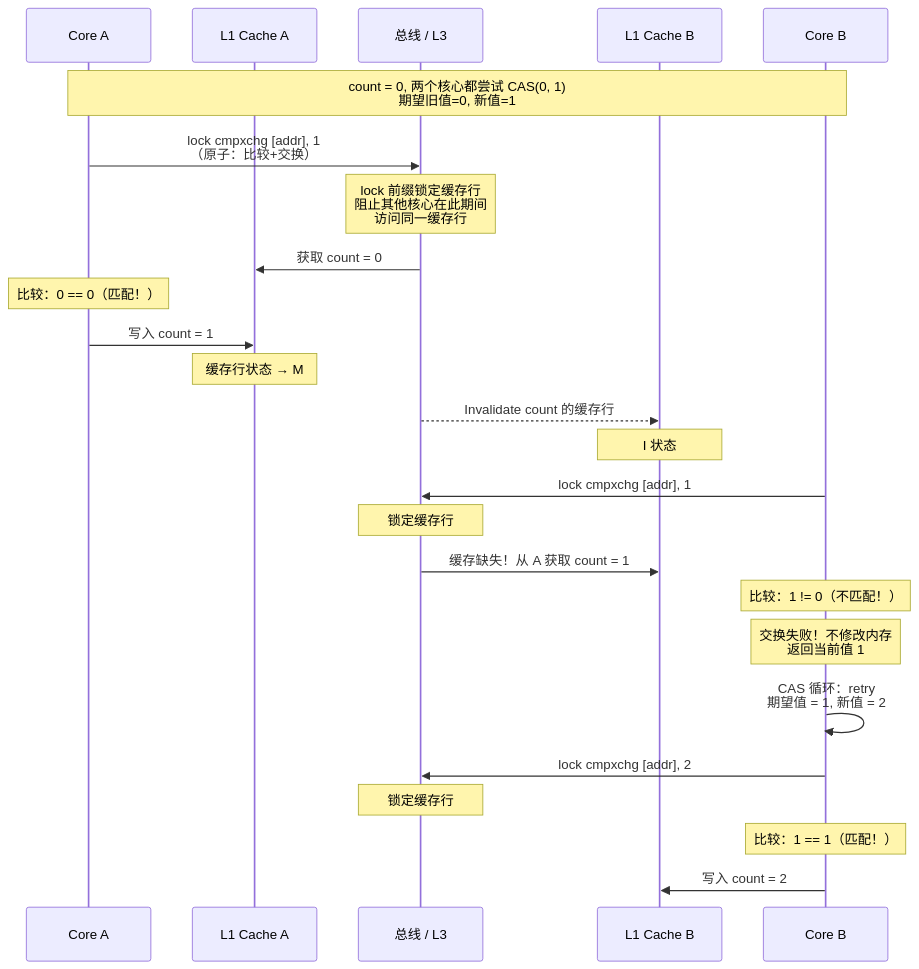
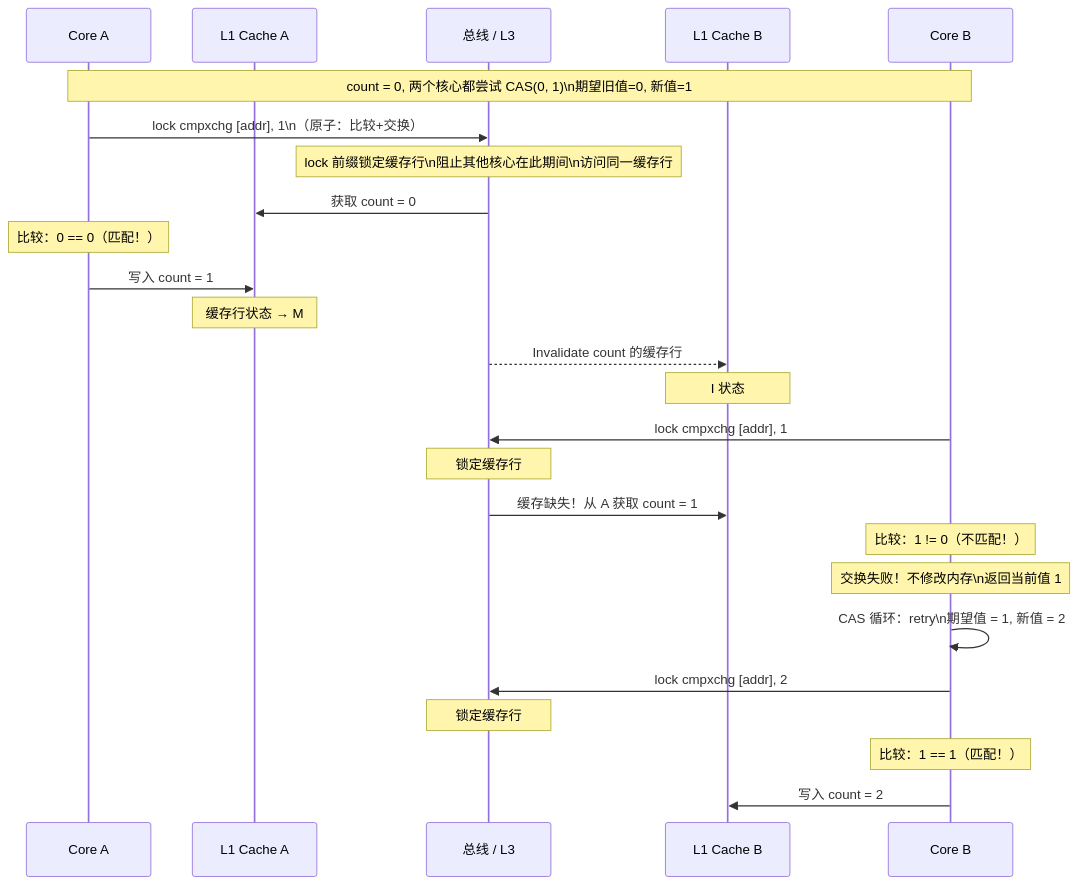
One commit to yaocat55/yaocat55.github.io changed the third of 6 diagrams in content/posts/concurrency/CAS.md. Above: the diagram before and after it, drawn with Mermaid. The commit also changed other lines of this file and 155 other files, not shown here.

````diff
--- a/content/posts/concurrency/CAS.md
+++ b/content/posts/concurrency/CAS.md
@@ -125,33 +133,33 @@
 ```mermaid
 sequenceDiagram
     participant CA as Core A
     participant L1A as L1 Cache A
     participant BUS as 总线 / L3
     participant L1B as L1 Cache B
     participant CB as Core B
 
-    Note over CA,CB: count = 0, 两个核心都尝试 CAS(0, 1)<br/>期望旧值=0, 新值=1
+    Note over CA,CB: count = 0, 两个核心都尝试 CAS(0, 1)\n期望旧值=0, 新值=1
 
-    CA->>BUS: lock cmpxchg [addr], 1<br/>（原子：比较+交换）
-    Note over BUS: lock 前缀锁定缓存行<br/>阻止其他核心在此期间<br/>访问同一缓存行
+    CA->>BUS: lock cmpxchg [addr], 1\n（原子：比较+交换）
+    Note over BUS: lock 前缀锁定缓存行\n阻止其他核心在此期间\n访问同一缓存行
 
     BUS->>L1A: 获取 count = 0
     Note over CA: 比较：0 == 0（匹配！）
     CA->>L1A: 写入 count = 1
     Note over L1A: 缓存行状态 → M
 
     BUS-->>L1B: Invalidate count 的缓存行
     Note over L1B: I 状态
 
     CB->>BUS: lock cmpxchg [addr], 1
     Note over BUS: 锁定缓存行
     BUS->>L1B: 缓存缺失！从 A 获取 count = 1
     Note over CB: 比较：1 != 0（不匹配！）
-    Note over CB: 交换失败！不修改内存<br/>返回当前值 1
+    Note over CB: 交换失败！不修改内存\n返回当前值 1
 
-    CB->>CB: CAS 循环：retry<br/>期望值 = 1, 新值 = 2
+    CB->>CB: CAS 循环：retry\n期望值 = 1, 新值 = 2
     CB->>BUS: lock cmpxchg [addr], 2
     Note over BUS: 锁定缓存行
     Note over CB: 比较：1 == 1（匹配！）
     CB->>L1B: 写入 count = 2
 ```
````
